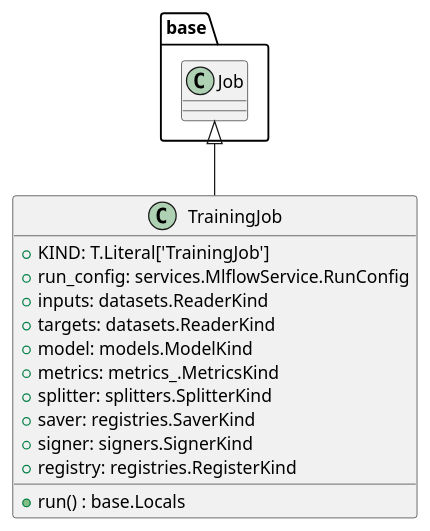
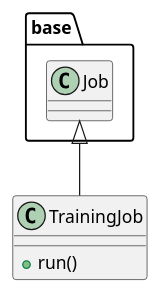
The diagram in openwiki/src/autogen_team/application/jobs/training.md (lgcorzo/llmops-python-package), drawn with PlantUML before and after one commit. The commit also changed other lines of this file and 77 other files, not shown here.

````diff
--- a/openwiki/src/autogen_team/application/jobs/training.md
+++ b/openwiki/src/autogen_team/application/jobs/training.md
@@ -58,18 +100,8 @@
 ```plantuml
 @startuml
-    base.Job <|-- TrainingJob
-    class TrainingJob {
-        +KIND: T.Literal['TrainingJob']
-        +run_config: services.MlflowService.RunConfig
-        +inputs: datasets.ReaderKind
-        +targets: datasets.ReaderKind
-        +model: models.ModelKind
-        +metrics: metrics_.MetricsKind
-        +splitter: splitters.SplitterKind
-        +saver: registries.SaverKind
-        +signer: signers.SignerKind
-        +registry: registries.RegisterKind
-        +run() : base.Locals
-    }
+class TrainingJob {
+  + run()
+}
+base.Job <|-- TrainingJob
 @enduml
 ```
````
